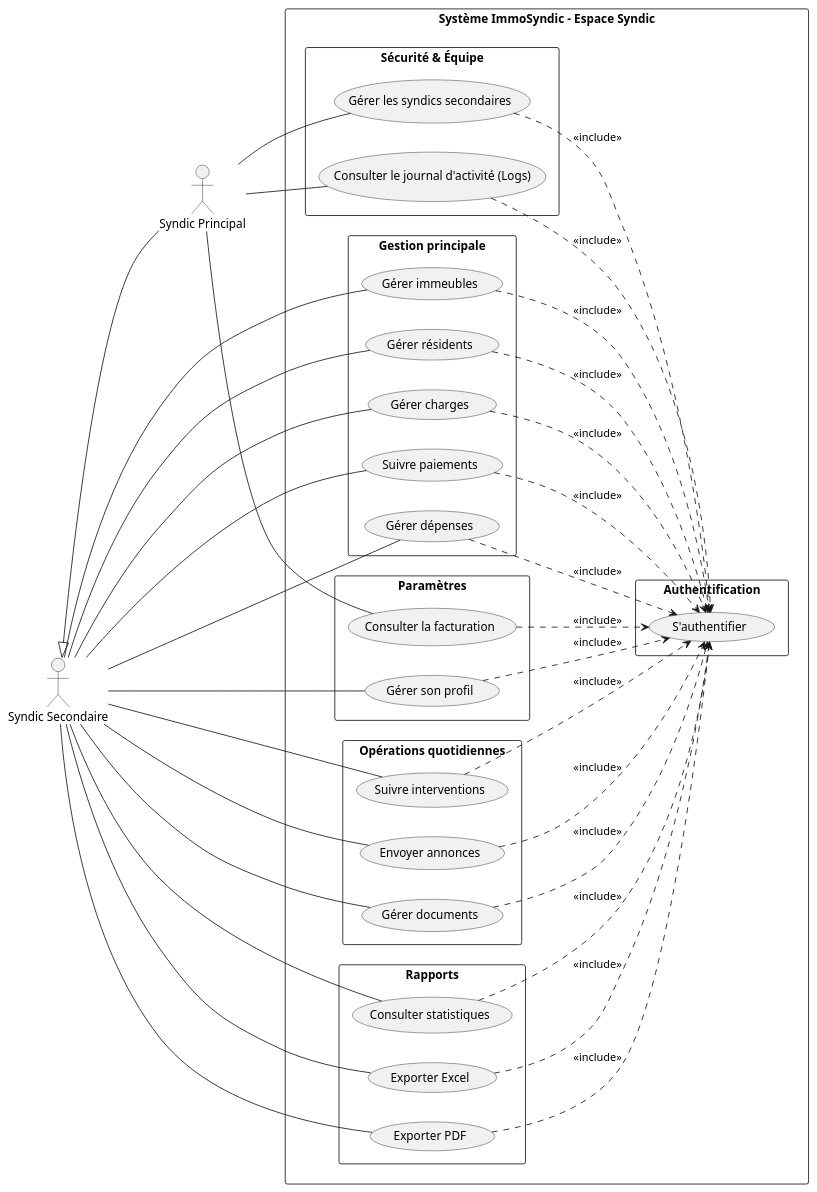
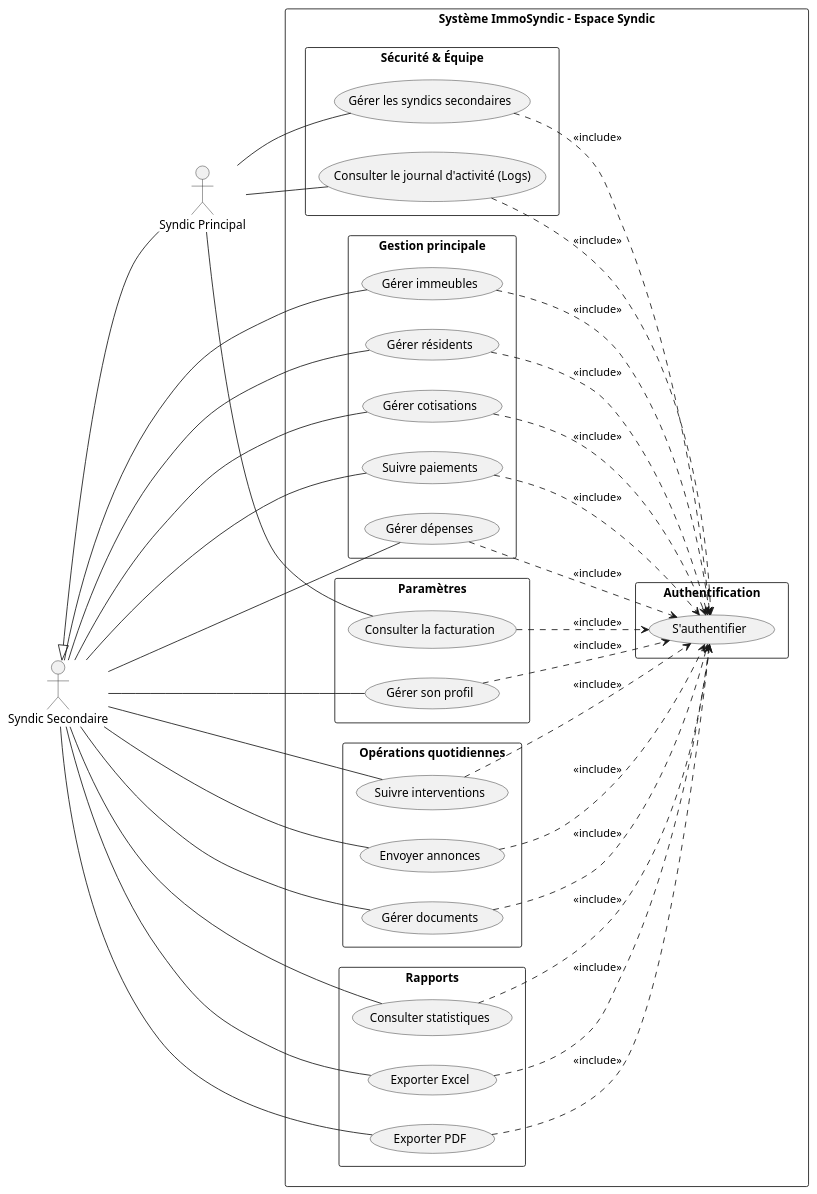
Before and after one commit to fadna-lakhouchen/Projet-finale: the diagram in analyse/ideation/cas_utilisation/diagramme_global/use_case_global_syndic.puml, drawn with PlantUML. The commit also changed 8 other files, not shown here.

```diff
--- a/analyse/ideation/cas_utilisation/diagramme_global/use_case_global_syndic.puml
+++ b/analyse/ideation/cas_utilisation/diagramme_global/use_case_global_syndic.puml
@@ -1,87 +1,87 @@
 @startuml ImmoSyndic_Final_Syndic
 left to right direction
 skinparam packageStyle rectangle
 skinparam shadowing false
 
 ' Acteurs Syndics avec Héritage
 actor "Syndic Secondaire" as SyndicSec
 actor "Syndic Principal" as SyndicPri
 
 ' Le Syndic Principal hérite du Syndic Secondaire
 SyndicPri -up-|> SyndicSec
 
 rectangle "Système ImmoSyndic - Espace Syndic" {
 
   package "Authentification" {
     usecase "S'authentifier" as Auth
   }
 
   package "Gestion principale" {
     usecase "Gérer immeubles" as ManageBuildings
     usecase "Gérer résidents" as ManageResidents
-    usecase "Gérer charges" as ManageCharges
+    usecase "Gérer cotisations" as ManageCharges
     usecase "Suivre paiements" as TrackPayments
     usecase "Gérer dépenses" as ManageExpenses
   }
 
   package "Opérations quotidiennes" {
     usecase "Suivre interventions" as TrackInterventions
     usecase "Envoyer annonces" as SendNews
     usecase "Gérer documents" as ManageDocs
   }
 
   package "Rapports" {
     usecase "Consulter statistiques" as ViewStats
     usecase "Exporter Excel" as ExportExcel
     usecase "Exporter PDF" as ExportPDF
   }
 
   package "Sécurité & Équipe" {
     usecase "Gérer les syndics secondaires" as ManageSecondaries
     usecase "Consulter le journal d'activité (Logs)" as ViewLogs
   }
 
   package "Paramètres" {
     usecase "Gérer son profil" as ManageProfile
     usecase "Consulter la facturation" as ManageSubscription
   }
 
   ' Auth relation (global rule)
   ManageBuildings ..> Auth : <<include>>
   ManageResidents ..> Auth : <<include>>
   ManageCharges ..> Auth : <<include>>
   TrackPayments ..> Auth : <<include>>
   ManageExpenses ..> Auth : <<include>>
   TrackInterventions ..> Auth : <<include>>
   SendNews ..> Auth : <<include>>
   ManageDocs ..> Auth : <<include>>
   ViewStats ..> Auth : <<include>>
   ExportExcel ..> Auth : <<include>>
   ExportPDF ..> Auth : <<include>>
   ManageSecondaries ..> Auth : <<include>>
   ViewLogs ..> Auth : <<include>>
   ManageProfile ..> Auth : <<include>>
   ManageSubscription ..> Auth : <<include>>
 }
 
 ' Actor connections
 ' Le Syndic Secondaire est lié aux fonctionnalités quotidiennes, de gestion et profil
 SyndicSec -- ManageBuildings
 SyndicSec -- ManageResidents
 SyndicSec -- ManageCharges
 SyndicSec -- TrackPayments
 SyndicSec -- ManageExpenses
 SyndicSec -- TrackInterventions
 SyndicSec -- SendNews
 SyndicSec -- ManageDocs
 SyndicSec -- ViewStats
 SyndicSec -- ExportExcel
 SyndicSec -- ExportPDF
 SyndicSec -- ManageProfile
 
 ' Le Syndic Principal est le seul lié aux fonctionnalités d'équipe, de sécurité et abonnement
 SyndicPri -- ManageSecondaries
 SyndicPri -- ViewLogs
 SyndicPri -- ManageSubscription
 
 @enduml
```
